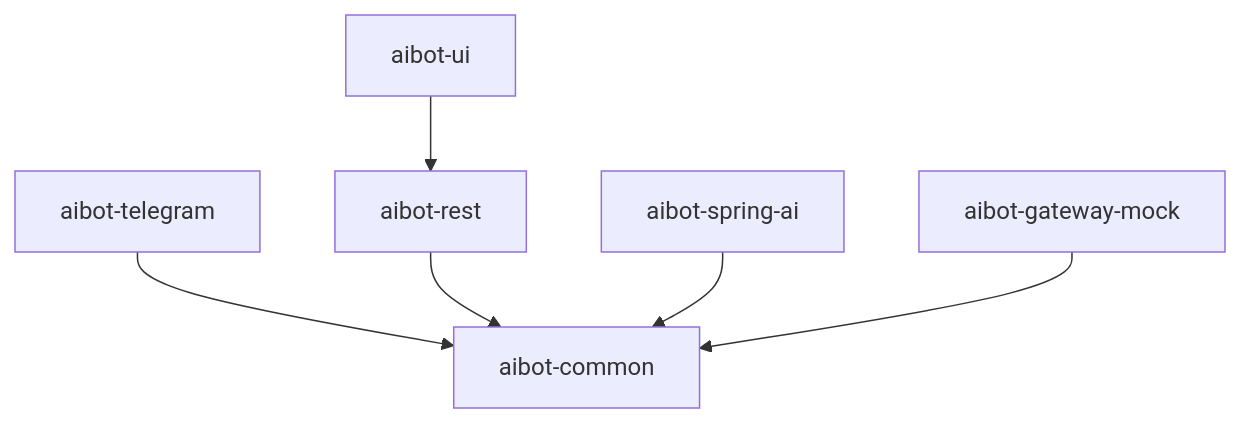
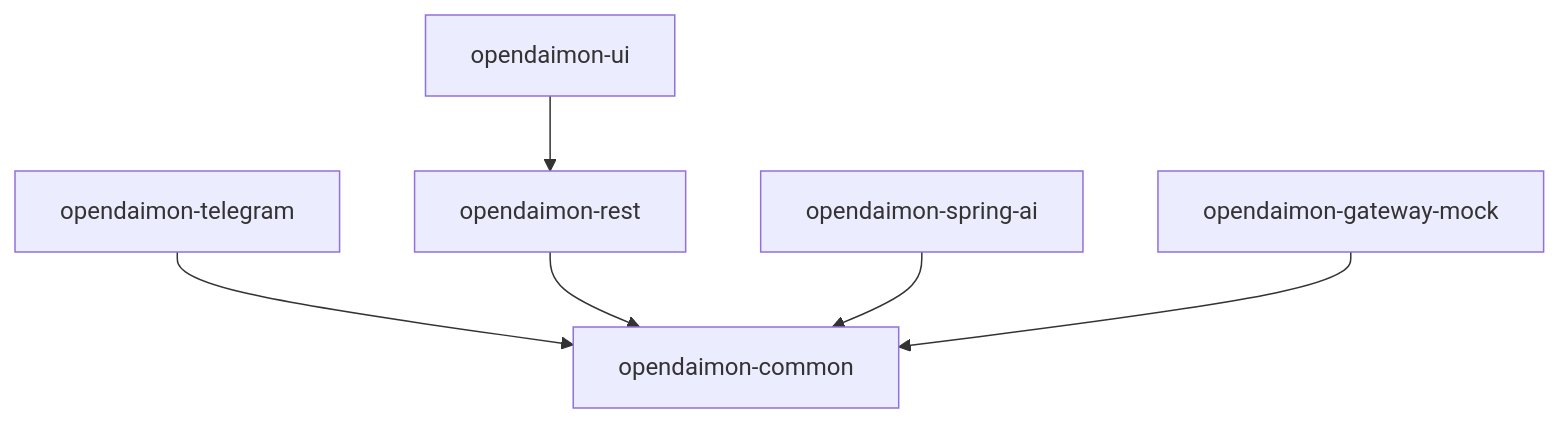
Before and after one commit to NGirchev/open-daimon: the diagram in README.md, drawn with Mermaid. The commit also changed other lines of this file and 681 other files, not shown here.

````diff
--- a/README.md
+++ b/README.md
@@ -166,9 +166,9 @@
 ```mermaid
 graph TD
-    common[aibot-common]
-    telegram[aibot-telegram] --> common
-    rest[aibot-rest] --> common
-    ui[aibot-ui] --> rest
-    springai[aibot-spring-ai] --> common
-    mock[aibot-gateway-mock] --> common
+    common[opendaimon-common]
+    telegram[opendaimon-telegram] --> common
+    rest[opendaimon-rest] --> common
+    ui[opendaimon-ui] --> rest
+    springai[opendaimon-spring-ai] --> common
+    mock[opendaimon-gateway-mock] --> common
 ```
````
